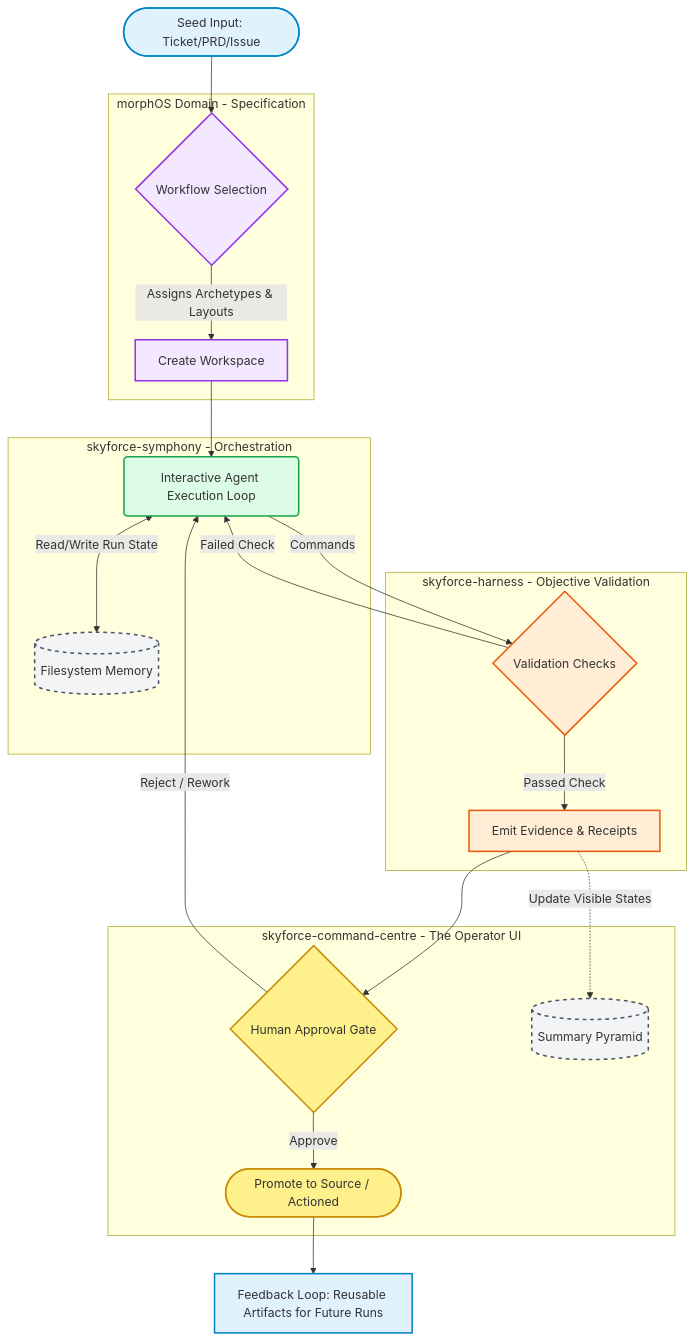
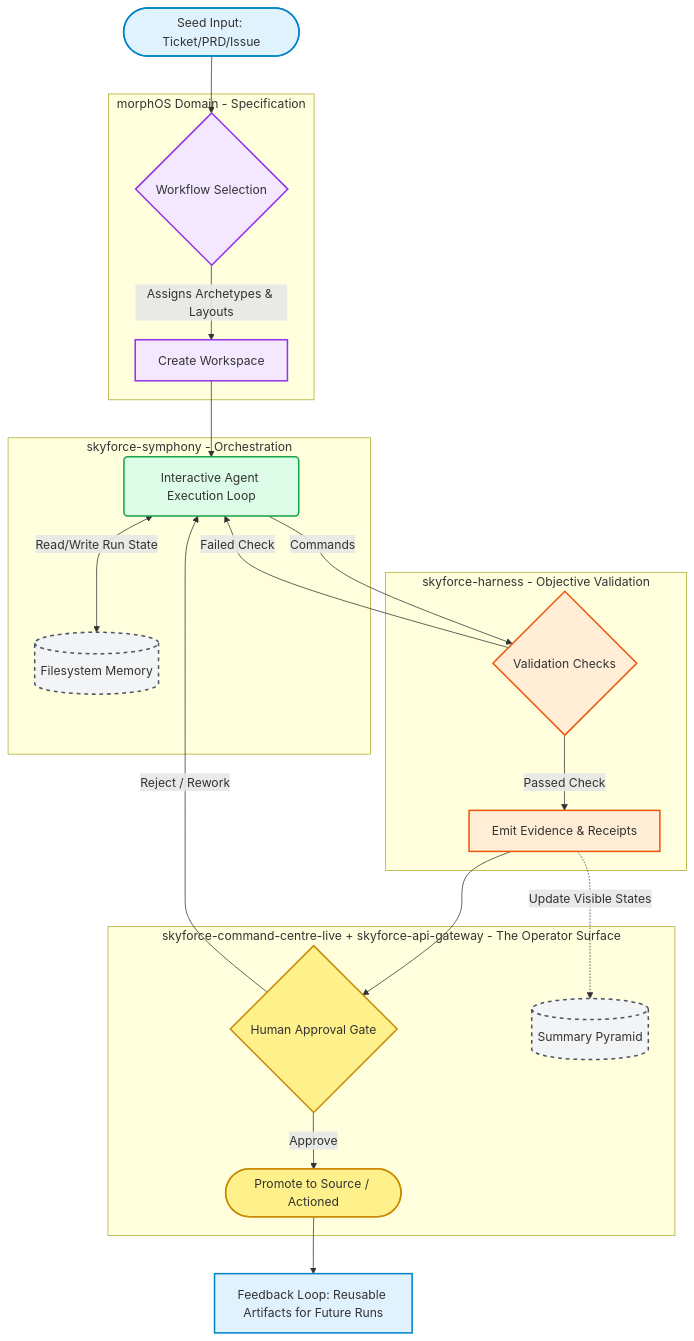
The first of 2 diagrams in docs/user_docs/01_system_overview.md (krishna-ivk/morphOS), drawn with Mermaid before and after one commit. The commit also changed other lines of this file and 21 other files, not shown here.

Commit message:
Refresh operator and gateway repo boundaries

````diff
--- a/docs/user_docs/01_system_overview.md
+++ b/docs/user_docs/01_system_overview.md
@@ -9,37 +9,37 @@
 ```mermaid
 flowchart TD
     %% Styling
     classDef intake fill:#e0f2fe,stroke:#0284c7,stroke-width:2px;
     classDef morphos fill:#f3e8ff,stroke:#9333ea,stroke-width:2px;
     classDef symphony fill:#dcfce7,stroke:#16a34a,stroke-width:2px;
     classDef harness fill:#ffedd5,stroke:#ea580c,stroke-width:2px;
     classDef centre fill:#fef08a,stroke:#ca8a04,stroke-width:2px;
     classDef data fill:#f3f4f6,stroke:#4b5563,stroke-width:2px,stroke-dasharray: 5 5;
 
     A([Seed Input: Ticket/PRD/Issue]):::intake --> B{Workflow Selection}:::morphos
     
     subgraph morphOS [morphOS Domain - Specification]
         B -->|Assigns Archetypes & Layouts| C[Create Workspace]:::morphos
     end
     
     subgraph symphony_env [skyforce-symphony - Orchestration]
         C --> D(Interactive Agent Execution Loop):::symphony
         D <-->|Read/Write Run State| FS[(Filesystem Memory)]:::data
     end
     
     subgraph harness_env [skyforce-harness - Objective Validation]
         D -->|Commands| E{Validation Checks}:::harness
         E -->|Failed Check| D
         E -->|Passed Check| F[Emit Evidence & Receipts]:::harness
     end
     
-    subgraph centre_env [skyforce-command-centre - The Operator UI]
+    subgraph centre_env [skyforce-command-centre-live + skyforce-api-gateway - The Operator Surface]
         F --> G{Human Approval Gate}:::centre
         G -->|Reject / Rework| D
         G -->|Approve| H([Promote to Source / Actioned]):::centre
         
         F -.-> |Update Visible States| I[(Summary Pyramid)]:::data
     end
     
     H --> J[Feedback Loop: Reusable Artifacts for Future Runs]:::intake
 ```
````
